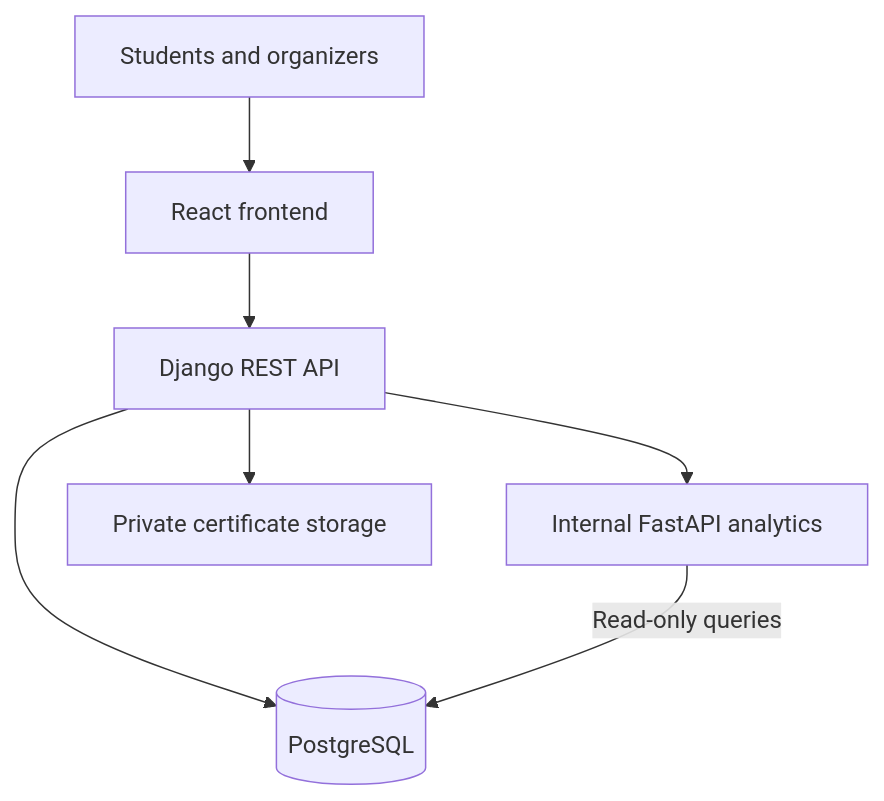
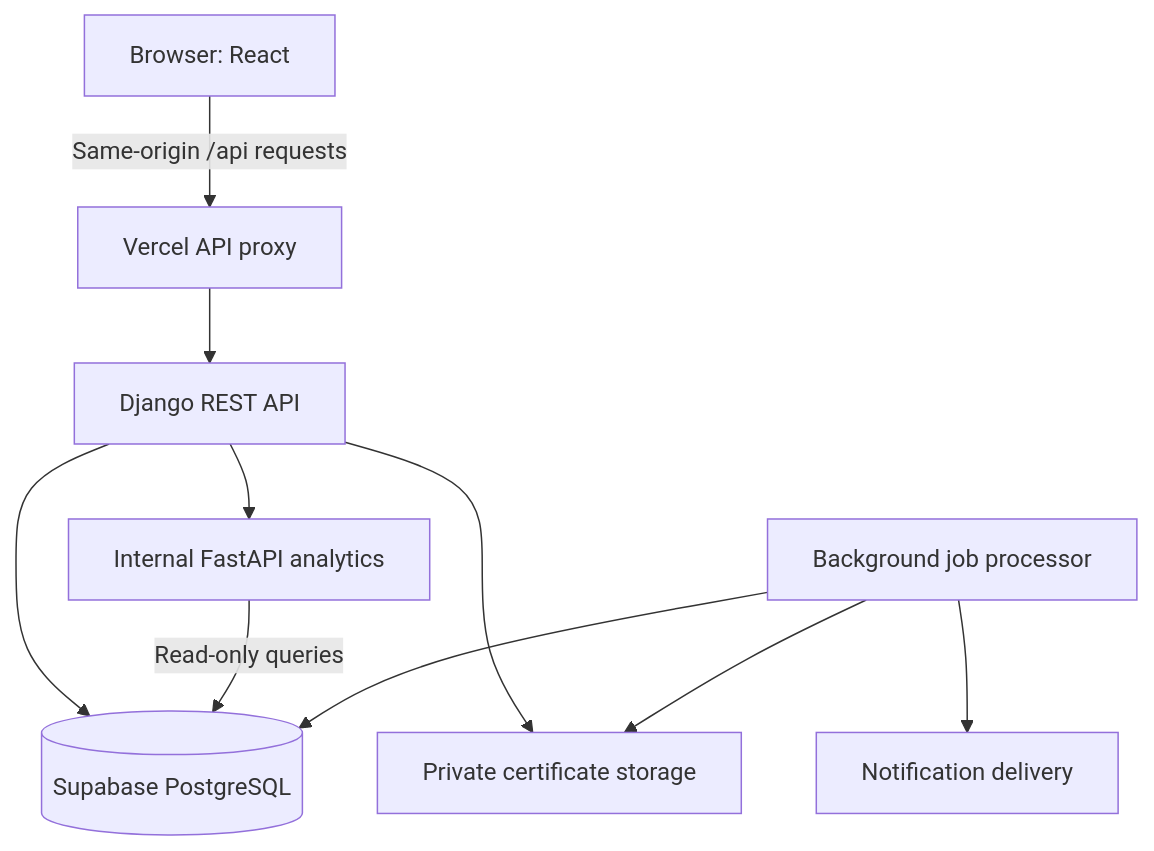
The diagram in README.md (souvikkhaitan-hash/EventHub), drawn with Mermaid before and after one commit. The commit also changed other lines of this file, not shown here.

````diff
--- a/README.md
+++ b/README.md
@@ -88,9 +209,12 @@
 ```mermaid
 flowchart TD
-    U["Students and organizers"] --> R["React frontend"]
-    R --> D["Django REST API"]
-    D --> P[("PostgreSQL")]
+    B["Browser: React"] -->|"Same-origin /api requests"| V["Vercel API proxy"]
+    V --> D["Django REST API"]
+    D --> P[("Supabase PostgreSQL")]
     D --> F["Internal FastAPI analytics"]
-    F -->|Read-only queries| P
-    D --> C["Private certificate storage"]
+    F -->|"Read-only queries"| P
+    D --> S["Private certificate storage"]
+    J["Background job processor"] --> P
+    J --> S
+    J --> N["Notification delivery"]
 ```
````
